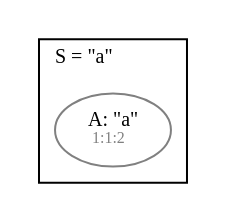
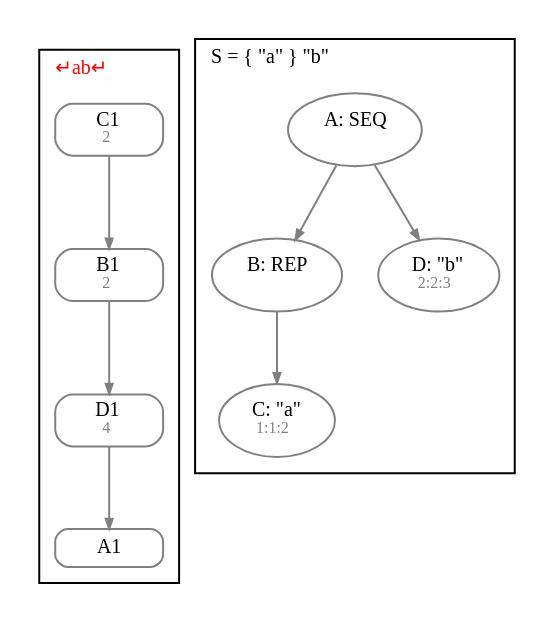
One commit to JanWillemBrands/AoC2021 changed the diagram in diagram.gv. Above: the diagram before and after it, drawn with Graphviz. The commit also changed 6 other files, not shown here.

```diff
--- a/diagram.gv
+++ b/diagram.gv
@@ -1,21 +1,33 @@
 digraph G {
   fontname = Menlo
   fontsize = 10
       node [fontname = Menlo, fontsize = 10, color = gray]
       edge [fontname = Menlo, fontsize = 10, color = gray, arrowsize = 0.5]
 
   graph [ordering = out]
   subgraph GSS {
     cluster = true
-    label = <↵a↵> fontcolor = green
+    label = <↵ab↵> fontcolor = red
     labeljust = l
     node [shape = box, style = rounded, height = 0]
+    D1 [label = <D1<br/><font color="gray" point-size="8.0"> 4</font>>]
+    D1 -> A1
+    C1 [label = <C1<br/><font color="gray" point-size="8.0"> 2</font>>]
+    C1 -> B1
+    B1 [label = <B1<br/><font color="gray" point-size="8.0"> 2</font>>]
+    B1 -> D1
   }
   subgraph S {
     cluster = true
-    label = <S = "a">
+    label = <S = { "a" } "b">
     labeljust = l
     node [shape = ellipse, height = 0]
-    A [label = <A: "a"<br/><font color="gray" point-size="8.0"> 1:1:2</font>>]
+    A [label = <A: SEQ<br/><font color="gray" point-size="8.0"> </font>>]
+    A -> B
+    B [label = <B: REP<br/><font color="gray" point-size="8.0"> </font>>]
+    B -> C
+    C [label = <C: "a"<br/><font color="gray" point-size="8.0"> 1:1:2</font>>]
+    A -> D
+    D [label = <D: "b"<br/><font color="gray" point-size="8.0"> 2:2:3</font>>]
   }
 }
```
